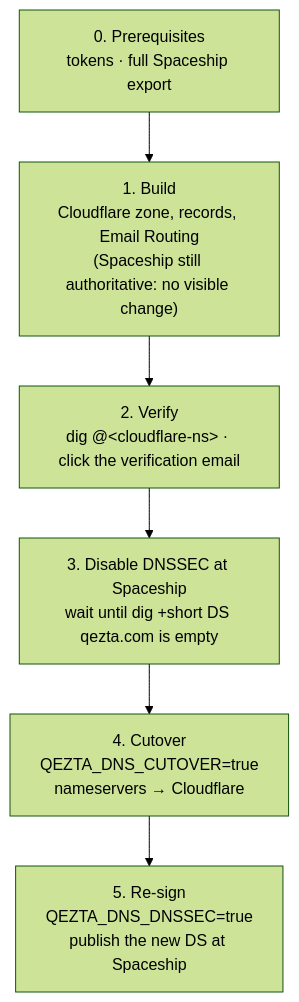
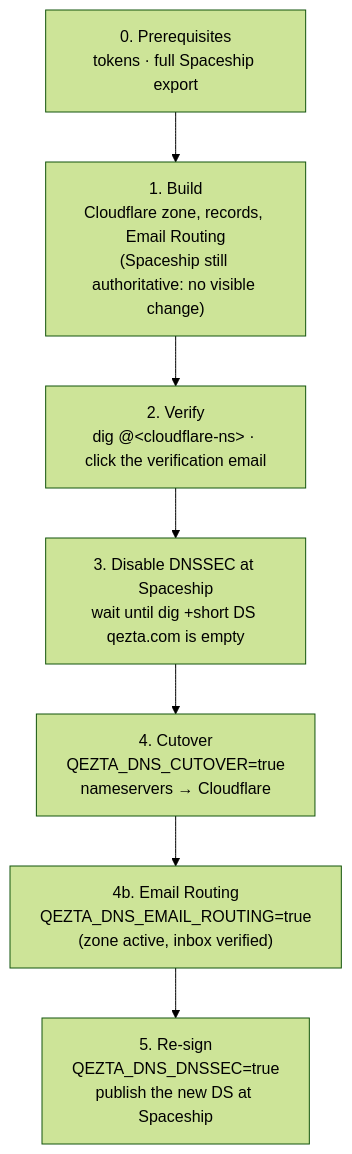
Before and after one commit to Qezta/infra: the diagram in docs/dns-migration.md, drawn with Mermaid (forest theme). The commit also changed other lines of this file and 2 other files, not shown here.

First line of the commit message:
fix(dns): carry Spaceship mail across the cutover; Email Routing after it

````diff
--- a/docs/dns-migration.md
+++ b/docs/dns-migration.md
@@ -7,9 +7,10 @@
 ```mermaid
 flowchart TD
   s0["0. Prerequisites<br/>tokens · full Spaceship export"] --> s1
   s1["1. Build<br/>Cloudflare zone, records, Email Routing<br/>(Spaceship still authoritative: no visible change)"] --> s2
   s2["2. Verify<br/>dig @&lt;cloudflare-ns&gt; · click the verification email"] --> s3
   s3["3. Disable DNSSEC at Spaceship<br/>wait until dig +short DS qezta.com is empty"] --> s4
-  s4["4. Cutover<br/>QEZTA_DNS_CUTOVER=true<br/>nameservers → Cloudflare"] --> s5
+  s4["4. Cutover<br/>QEZTA_DNS_CUTOVER=true<br/>nameservers → Cloudflare"] --> s45
+  s45["4b. Email Routing<br/>QEZTA_DNS_EMAIL_ROUTING=true<br/>(zone active, inbox verified)"] --> s5
   s5["5. Re-sign<br/>QEZTA_DNS_DNSSEC=true<br/>publish the new DS at Spaceship"]
 ```
````
